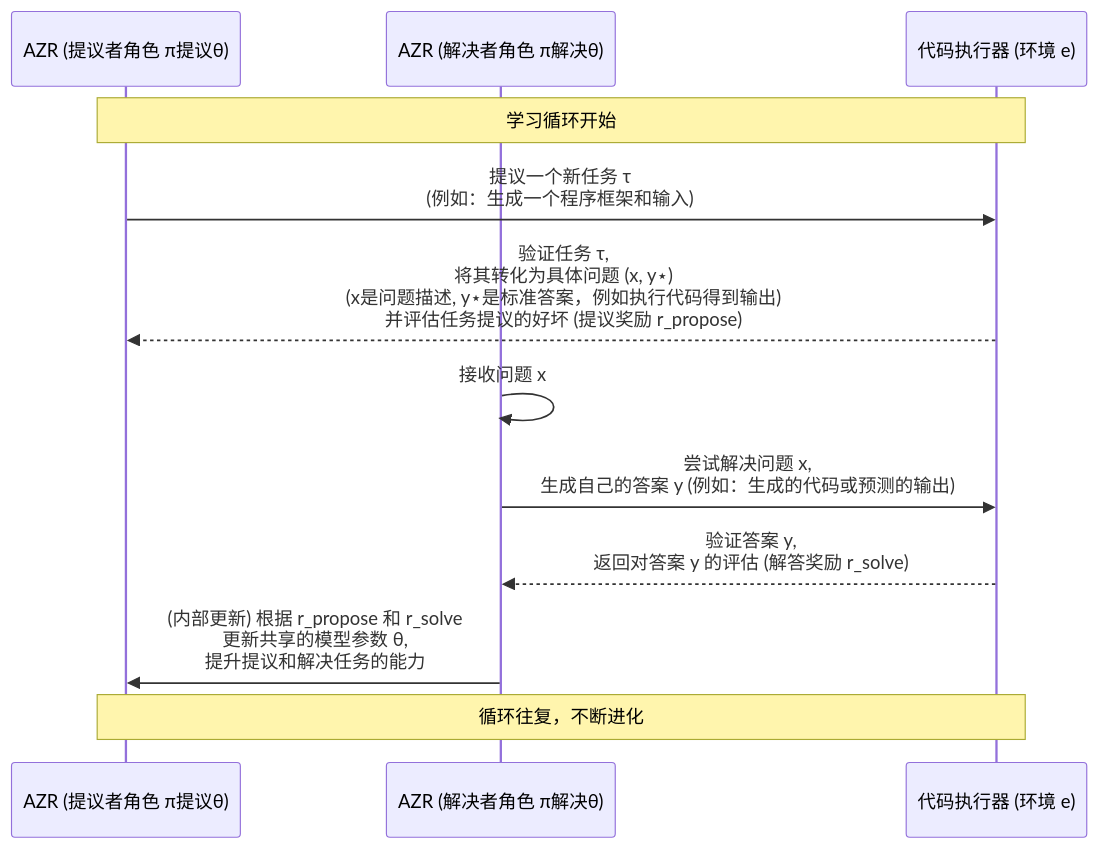
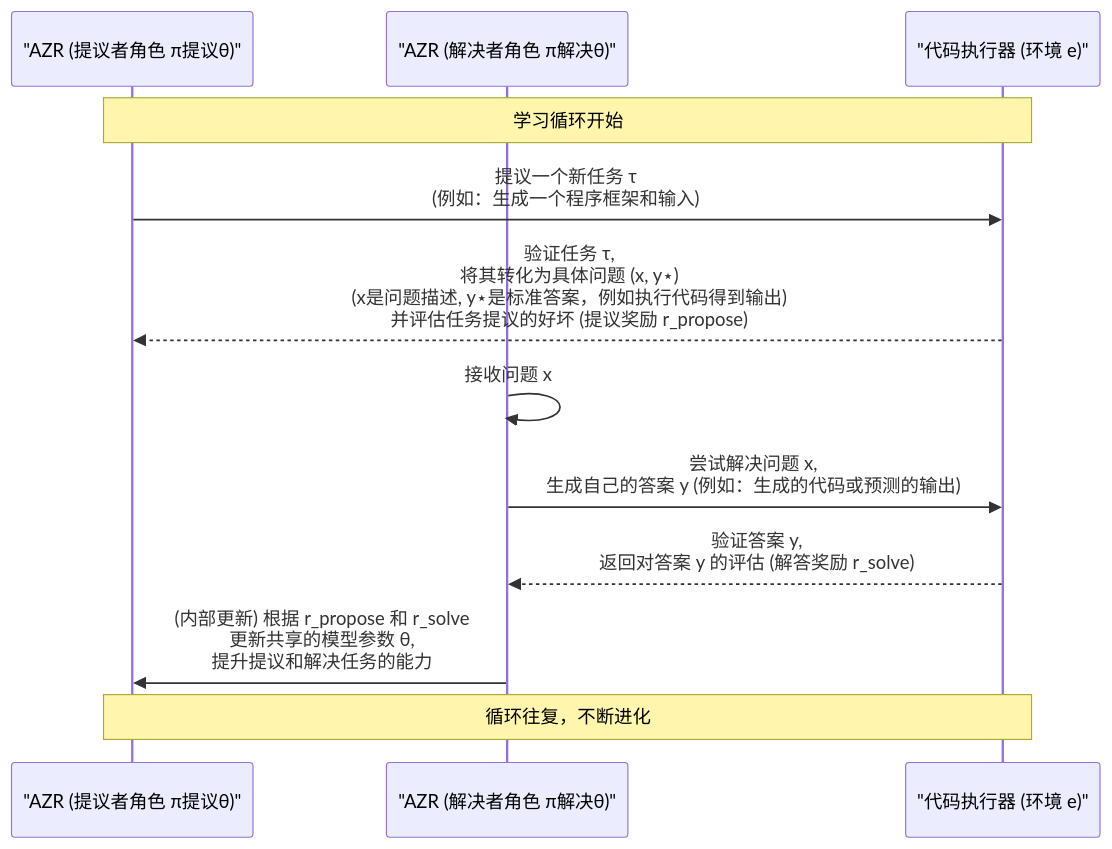
One commit to jueshi/PocketFlow-Tutorial-Codebase-Knowledge changed the diagram in output/Absolute_Zero/Absolute Zero Reinforced Self-play Reasoning with Zero Data/03_绝对零推理器__absolute_zero_reasoner___azr__.md. Above: the diagram before and after it, drawn with Mermaid. The commit also changed 282 other files, not shown here.

````diff
--- a/output/Absolute_Zero/Absolute Zero Reinforced Self-play Reasoning with Zero Data/03_绝对零推理器__absolute_zero_reasoner___azr__.md
+++ b/output/Absolute_Zero/Absolute Zero Reinforced Self-play Reasoning with Zero Data/03_绝对零推理器__absolute_zero_reasoner___azr__.md
@@ -56,18 +56,17 @@
 ```mermaid
 sequenceDiagram
-    participant AZR_Proposer as AZR (提议者角色 π提议θ)
-    participant AZR_Solver as AZR (解决者角色 π解决θ)
-    participant CodeExecutor as 代码执行器 (环境 e)
+    participant AZR_Proposer as "AZR (提议者角色 π提议θ)"
+    participant AZR_Solver as "AZR (解决者角色 π解决θ)"
+    participant CodeExecutor as "代码执行器 (环境 e)"
 
     Note over AZR_Proposer, CodeExecutor: 学习循环开始
     AZR_Proposer->>CodeExecutor: 提议一个新任务 τ <br> (例如：生成一个程序框架和输入)
     CodeExecutor-->>AZR_Proposer: 验证任务 τ, <br> 将其转化为具体问题 (x, y⋆) <br> (x是问题描述, y⋆是标准答案，例如执行代码得到输出) <br> 并评估任务提议的好坏 (提议奖励 r_propose)
     
     AZR_Solver->>AZR_Solver: 接收问题 x
     AZR_Solver->>CodeExecutor: 尝试解决问题 x, <br> 生成自己的答案 y (例如：生成的代码或预测的输出)
     CodeExecutor-->>AZR_Solver: 验证答案 y, <br> 返回对答案 y 的评估 (解答奖励 r_solve)
     
     AZR_Solver->>AZR_Proposer: (内部更新) 根据 r_propose 和 r_solve <br> 更新共享的模型参数 θ, <br> 提升提议和解决任务的能力
     Note over AZR_Proposer, CodeExecutor: 循环往复，不断进化
-
 ```
````
